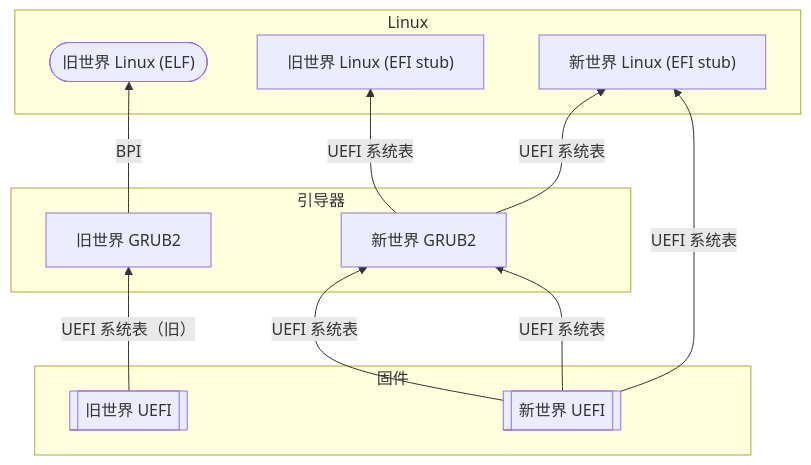
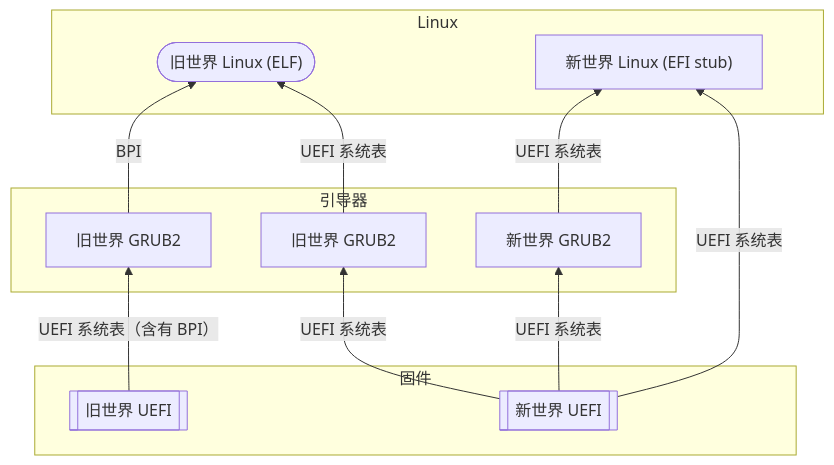
One commit to loongson-community/areweloongyet changed the first of 2 diagrams in docs/world-compat-details/index.md. Above: the diagram before and after it, drawn with Mermaid. The commit also changed other lines of this file, not shown here.

Commit message:
docs: old-and-new-worlds: update BPI boot flow

````diff
--- a/docs/world-compat-details/index.md
+++ b/docs/world-compat-details/index.md
@@ -48,21 +48,21 @@
 ```mermaid
 flowchart BT
     subgraph linux [Linux]
         OWLinuxELF(["旧世界 Linux (ELF)"])
-        OWLinuxStub["旧世界 Linux (EFI stub)"]
         NWLinuxStub["新世界 Linux (EFI stub)"]
     end
     subgraph bootloader [引导器]
         OWGrub2[旧世界 GRUB2]
+        OWGrub2N[旧世界 GRUB2]
         NWGrub2[新世界 GRUB2]
     end
     subgraph firmware [固件]
         OWUEFI[[旧世界 UEFI]]
         NWUEFI[[新世界 UEFI]]
     end
 
-    OWUEFI -->|UEFI 系统表（旧）| OWGrub2 -->|BPI| OWLinuxELF
-    NWUEFI -->|UEFI 系统表| NWGrub2 -->|UEFI 系统表| OWLinuxStub
+    OWUEFI -->|UEFI 系统表（含有 BPI）| OWGrub2 -->|BPI| OWLinuxELF
+    NWUEFI -->|UEFI 系统表| OWGrub2N -->|UEFI 系统表| OWLinuxELF
     NWUEFI -->|UEFI 系统表| NWGrub2 -->|UEFI 系统表| NWLinuxStub
     NWUEFI -->|UEFI 系统表| NWLinuxStub
 ```
````
